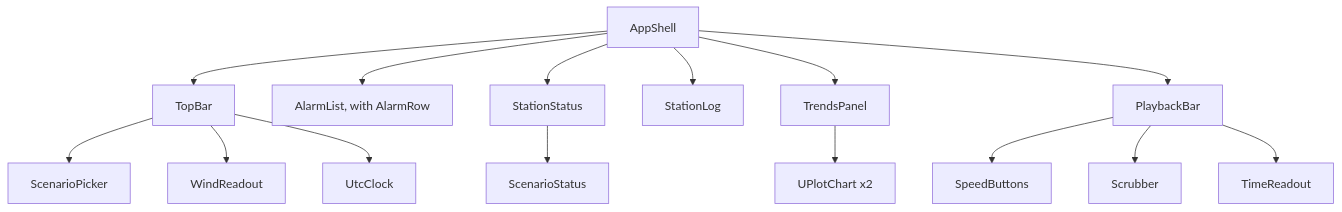
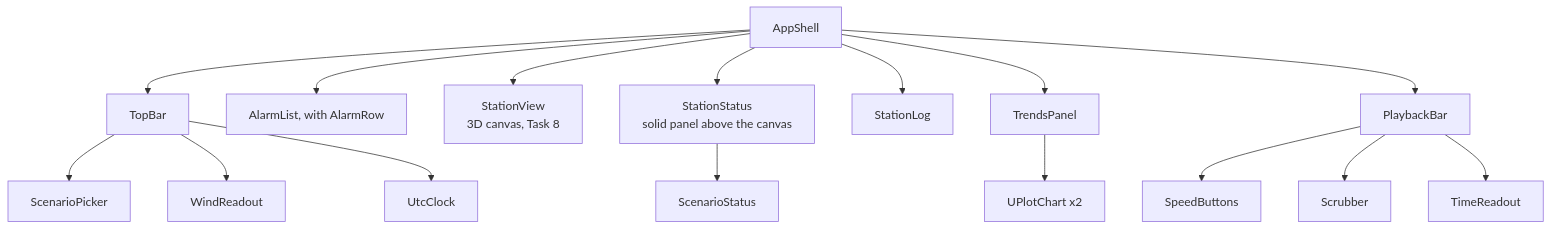
Before and after one commit to Nagdy8888/PlumeTrace: the second of 3 diagrams in docs/reference/UI_PANELS.md, drawn with Mermaid. The commit also changed other lines of this file and 51 other files, not shown here.

First line of the commit message:
feat(3d): add R3F station view with picking, selection, camera and quality tiers

````diff
--- a/docs/reference/UI_PANELS.md
+++ b/docs/reference/UI_PANELS.md
@@ -48,17 +57,18 @@
 ```mermaid
 flowchart TD
     Shell["AppShell"] --> Top["TopBar"]
     Top --> Picker["ScenarioPicker"]
     Top --> Wind["WindReadout"]
     Top --> Utc["UtcClock"]
     Shell --> AL["AlarmList, with AlarmRow"]
-    Shell --> SS["StationStatus"]
+    Shell --> SV["StationView<br/>3D canvas, Task 8"]
+    Shell --> SS["StationStatus<br/>solid panel above the canvas"]
     SS --> Stat["ScenarioStatus"]
     Shell --> SL["StationLog"]
     Shell --> TP["TrendsPanel"]
     TP --> UC["UPlotChart x2"]
     Shell --> PB["PlaybackBar"]
     PB --> SB["SpeedButtons"]
     PB --> SC["Scrubber"]
     PB --> TR["TimeReadout"]
 ```
````
